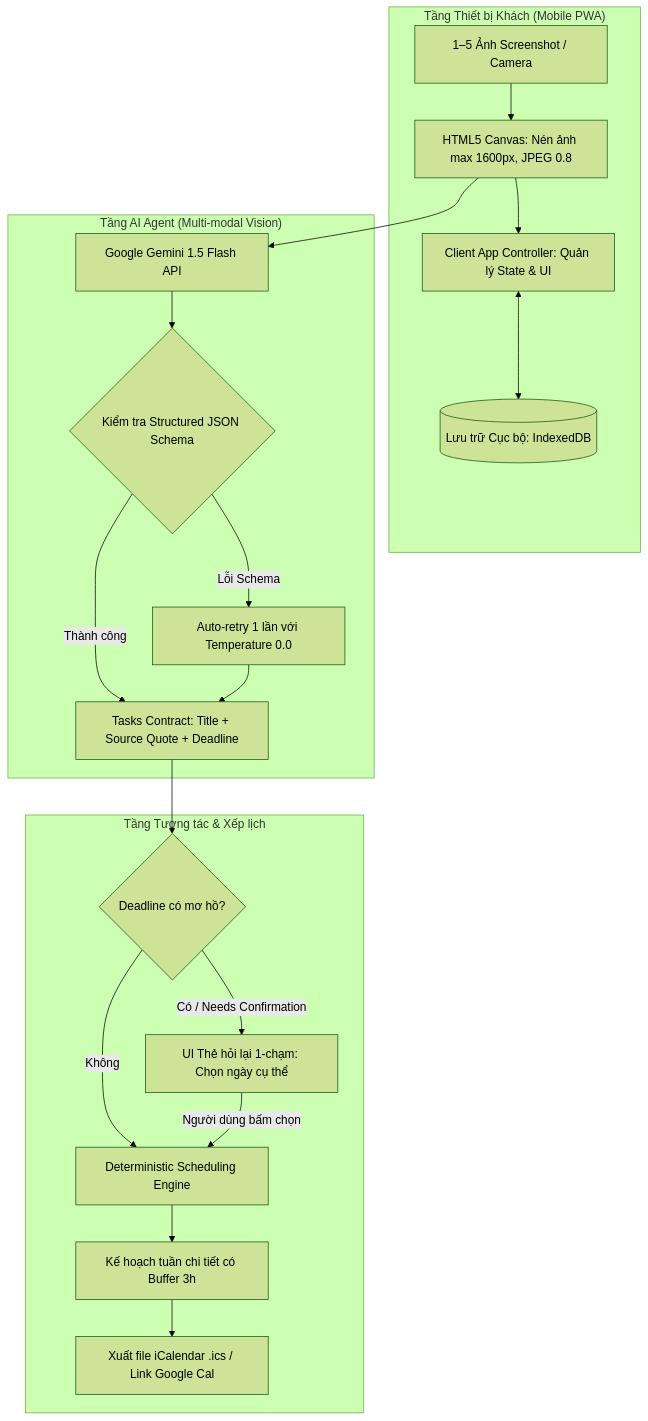
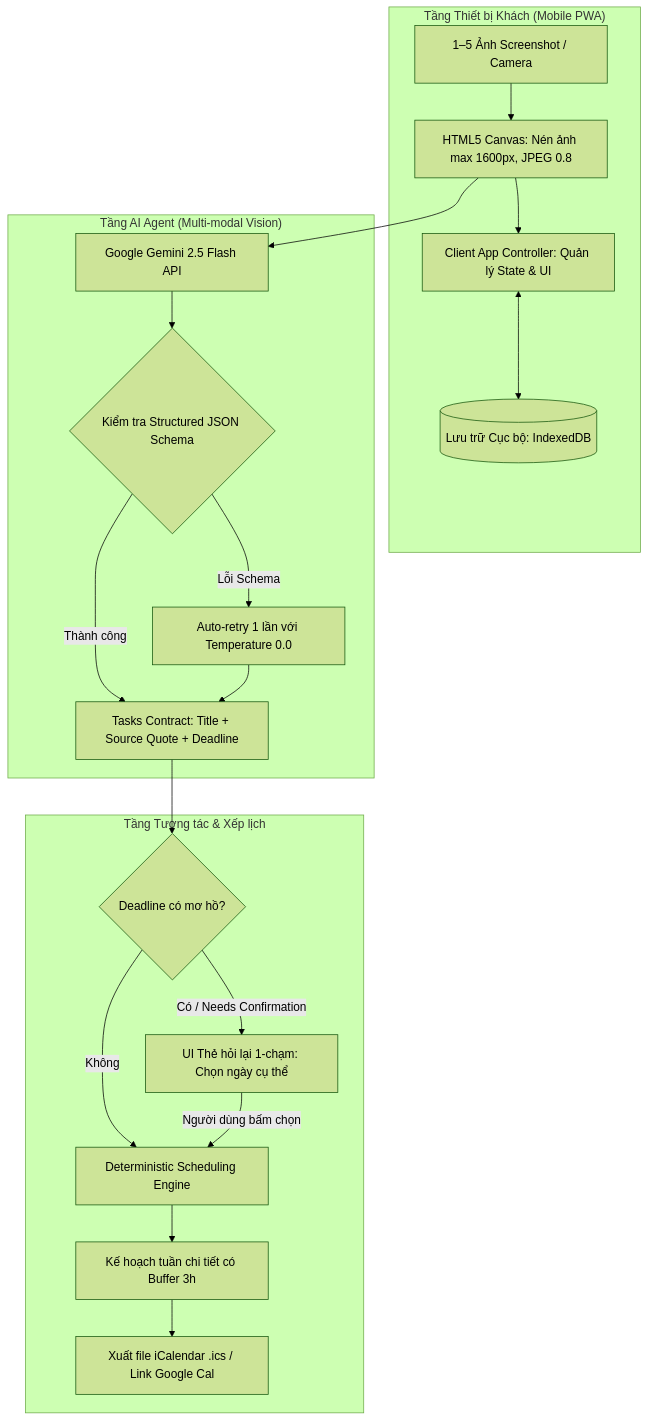
The diagram in docs/01_PRD.md (Lucvuu/plansnap-codex-hackathon), drawn with Mermaid (forest theme) before and after one commit. The commit also changed other lines of this file and 23 other files, not shown here.

Commit message:
fix: network-first SW, chronological schedule sorting, public QR, and Gemini 2.5 Flash sync

````diff
--- a/docs/01_PRD.md
+++ b/docs/01_PRD.md
@@ -130,25 +130,25 @@
 ```mermaid
 flowchart TD
     subgraph CLIENT_LAYER["Tầng Thiết bị Khách (Mobile PWA)"]
         A[1–5 Ảnh Screenshot / Camera] --> B[HTML5 Canvas: Nén ảnh max 1600px, JPEG 0.8]
         B --> C[Client App Controller: Quản lý State & UI]
         C <--> DB[(Lưu trữ Cục bộ: IndexedDB)]
     end
 
     subgraph AI_LAYER["Tầng AI Agent (Multi-modal Vision)"]
-        B --> D[Google Gemini 1.5 Flash API]
+        B --> D[Google Gemini 2.5 Flash API]
         D --> E{Kiểm tra Structured JSON Schema}
         E -->|Thành công| F[Tasks Contract: Title + Source Quote + Deadline]
         E -->|Lỗi Schema| G[Auto-retry 1 lần với Temperature 0.0]
         G --> F
     end
 
     subgraph INTERACTION_LAYER["Tầng Tương tác & Xếp lịch"]
         F --> H{Deadline có mơ hồ?}
         H -->|Có / Needs Confirmation| I[UI Thẻ hỏi lại 1-chạm: Chọn ngày cụ thể]
         H -->|Không| J[Deterministic Scheduling Engine]
         I -->|Người dùng bấm chọn| J
         J --> K[Kế hoạch tuần chi tiết có Buffer 3h]
         K --> L[Xuất file iCalendar .ics / Link Google Cal]
     end
 ```
````
